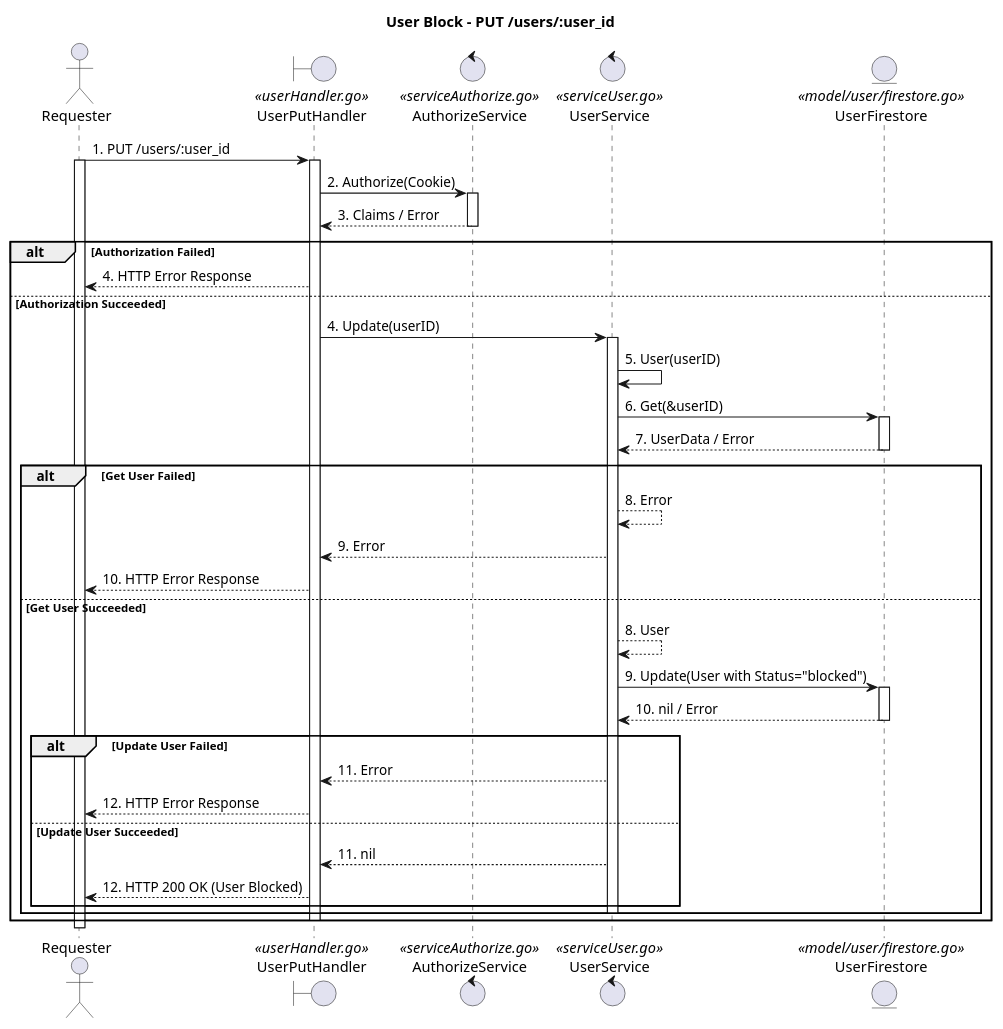
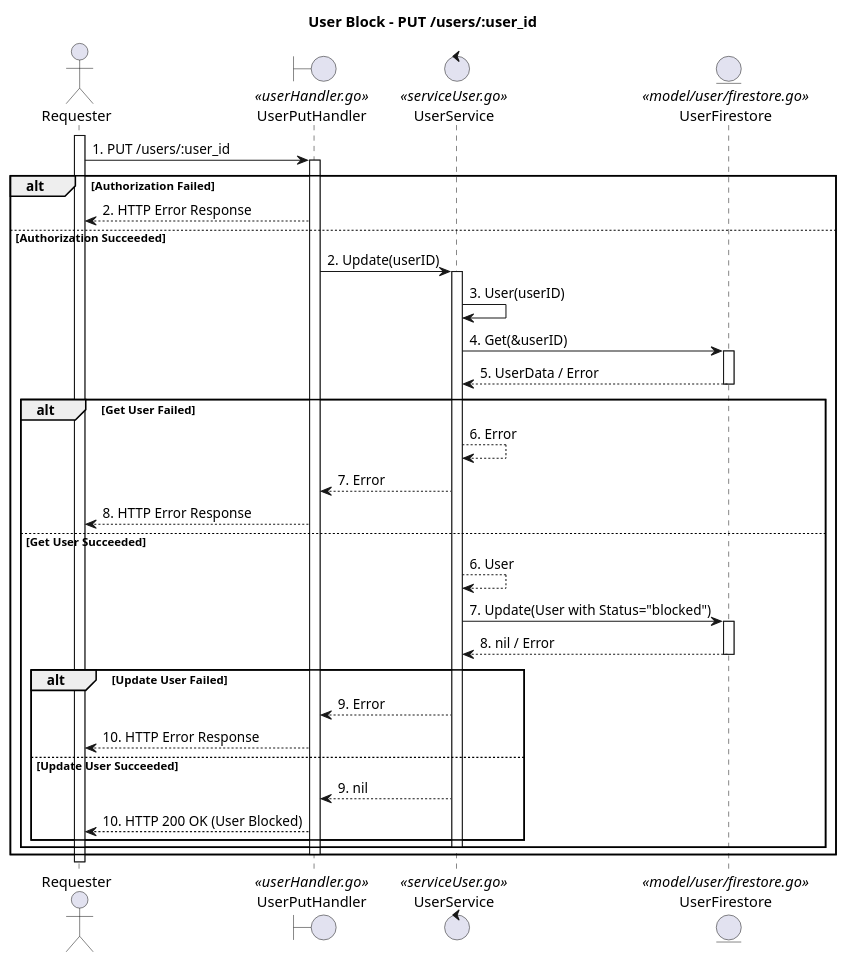
The diagram in docs/Un(Block)/SequenciaUserBlock.puml (JulioKobayashiEbury/BankingAPI), drawn with PlantUML before and after one commit. The commit also changed 44 other files, not shown here.

```diff
--- a/docs/Un(Block)/SequenciaUserBlock.puml
+++ b/docs/Un(Block)/SequenciaUserBlock.puml
@@ -1,50 +1,47 @@
 @startuml
 title User Block - PUT /users/:user_id
 
 actor Requester
 boundary UserPutHandler <<userHandler.go>>
-control AuthorizeService <<serviceAuthorize.go>>
 control UserService <<serviceUser.go>>
 entity UserFirestore <<model/user/firestore.go>>
 
+activate Requester
 Requester -> UserPutHandler : 1. PUT /users/:user_id
-activate Requester
+
 activate UserPutHandler
-UserPutHandler -> AuthorizeService : 2. Authorize(Cookie)
-activate AuthorizeService
-AuthorizeService --> UserPutHandler : 3. Claims / Error
-deactivate AuthorizeService
+
 alt Authorization Failed
-    UserPutHandler --> Requester : 4. HTTP Error Response
+    UserPutHandler --> Requester : 2. HTTP Error Response
 else Authorization Succeeded
-    UserPutHandler -> UserService : 4. Update(userID)
+    UserPutHandler -> UserService : 2. Update(userID)
     activate UserService
-    UserService -> UserService : 5. User(userID)
-    UserService -> UserFirestore : 6. Get(&userID)
+    UserService -> UserService : 3. User(userID)
+    UserService -> UserFirestore : 4. Get(&userID)
     activate UserFirestore
-    UserFirestore --> UserService : 7. UserData / Error
+    UserFirestore --> UserService : 5. UserData / Error
     deactivate UserFirestore
     alt Get User Failed
-        UserService --> UserService : 8. Error
-        UserService --> UserPutHandler : 9. Error
-        UserPutHandler --> Requester : 10. HTTP Error Response
+        UserService --> UserService : 6. Error
+        UserService --> UserPutHandler : 7. Error
+        UserPutHandler --> Requester : 8. HTTP Error Response
     else Get User Succeeded
-        UserService --> UserService : 8. User
-        UserService -> UserFirestore : 9. Update(User with Status="blocked")
+        UserService --> UserService : 6. User
+        UserService -> UserFirestore : 7. Update(User with Status="blocked")
         activate UserFirestore
-        UserFirestore --> UserService : 10. nil / Error
+        UserFirestore --> UserService : 8. nil / Error
         deactivate UserFirestore
         alt Update User Failed
-            UserService --> UserPutHandler : 11. Error
-            UserPutHandler --> Requester : 12. HTTP Error Response
+            UserService --> UserPutHandler : 9. Error
+            UserPutHandler --> Requester : 10. HTTP Error Response
         else Update User Succeeded
-            UserService --> UserPutHandler : 11. nil
-            UserPutHandler --> Requester : 12. HTTP 200 OK (User Blocked)
+            UserService --> UserPutHandler : 9. nil
+            UserPutHandler --> Requester : 10. HTTP 200 OK (User Blocked)
         end
         deactivate UserService
     end
     deactivate UserPutHandler
 end
 deactivate Requester
 
 @enduml
```
